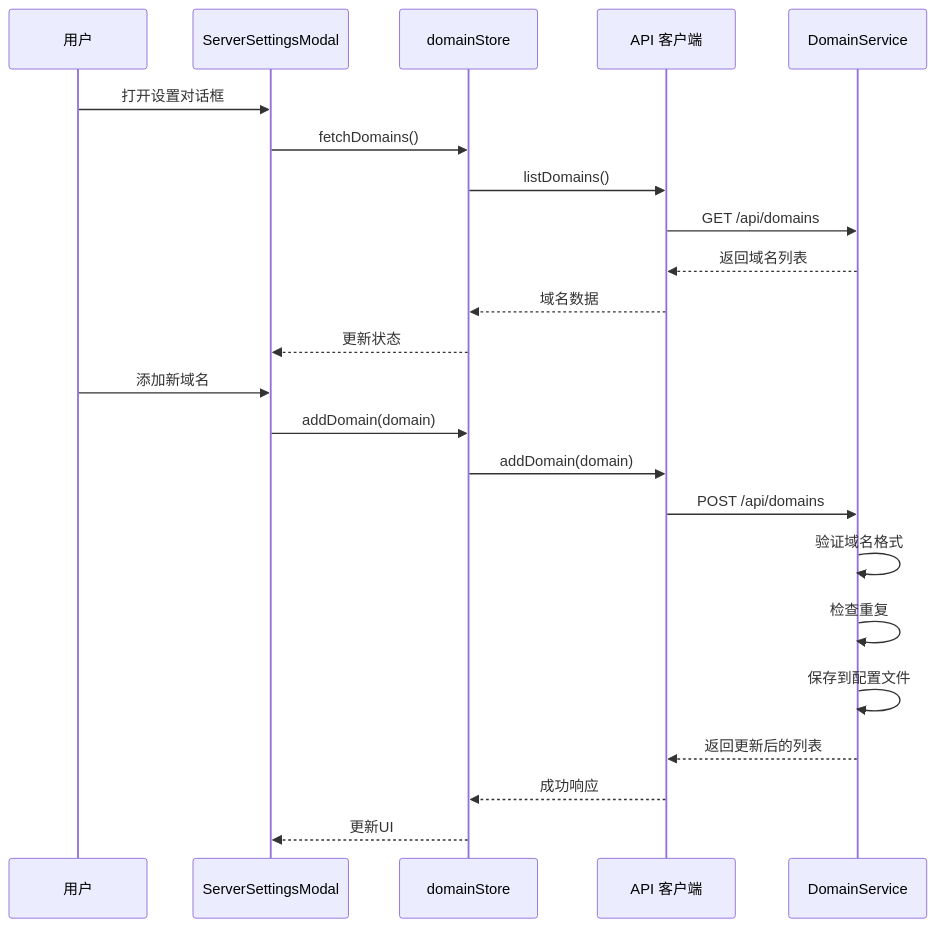
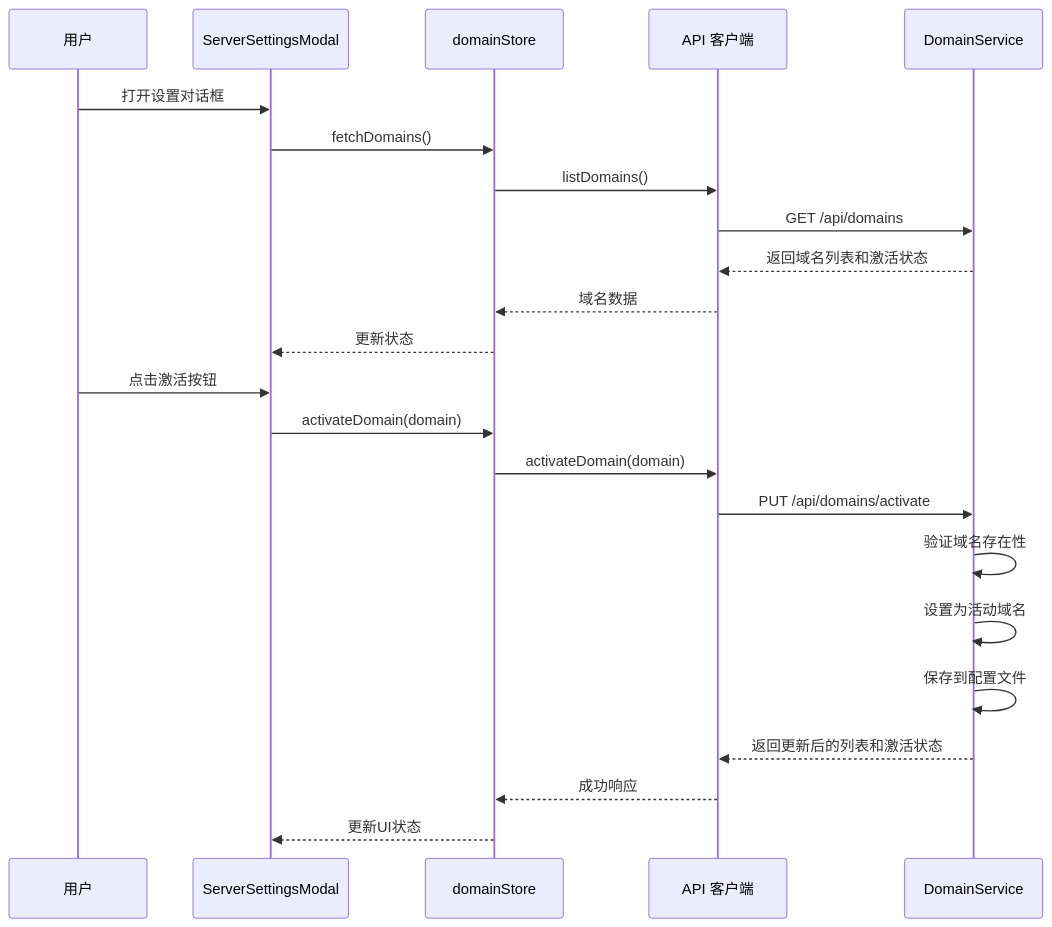
The fifth of 12 diagrams in .qoder/repowiki/zh/content/后端服务详解/域名管理系统.md (RabbitAI-Lab/Sandbox-Manager), drawn with Mermaid before and after one commit. The commit also changed other lines of this file and 6 other files, not shown here.

````diff
--- a/.qoder/repowiki/zh/content/后端服务详解/域名管理系统.md
+++ b/.qoder/repowiki/zh/content/后端服务详解/域名管理系统.md
@@ -248,25 +252,25 @@
 ```mermaid
 sequenceDiagram
 participant User as 用户
 participant Modal as ServerSettingsModal
 participant Store as domainStore
 participant API as API 客户端
 participant Service as DomainService
 User->>Modal : 打开设置对话框
 Modal->>Store : fetchDomains()
 Store->>API : listDomains()
 API->>Service : GET /api/domains
-Service-->>API : 返回域名列表
+Service-->>API : 返回域名列表和激活状态
 API-->>Store : 域名数据
 Store-->>Modal : 更新状态
-User->>Modal : 添加新域名
-Modal->>Store : addDomain(domain)
-Store->>API : addDomain(domain)
-API->>Service : POST /api/domains
-Service->>Service : 验证域名格式
-Service->>Service : 检查重复
+User->>Modal : 点击激活按钮
+Modal->>Store : activateDomain(domain)
+Store->>API : activateDomain(domain)
+API->>Service : PUT /api/domains/activate
+Service->>Service : 验证域名存在性
+Service->>Service : 设置为活动域名
 Service->>Service : 保存到配置文件
-Service-->>API : 返回更新后的列表
+Service-->>API : 返回更新后的列表和激活状态
 API-->>Store : 成功响应
-Store-->>Modal : 更新UI
+Store-->>Modal : 更新UI状态
 ```
````
